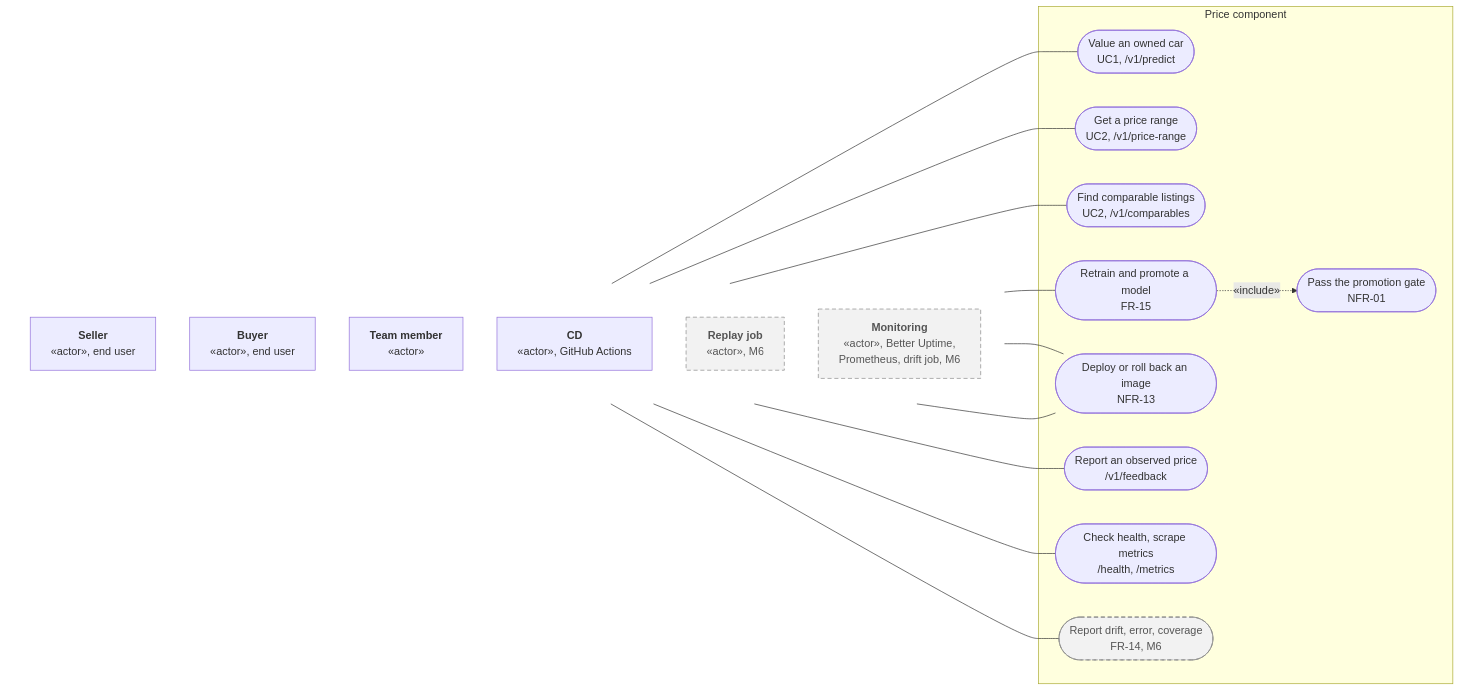
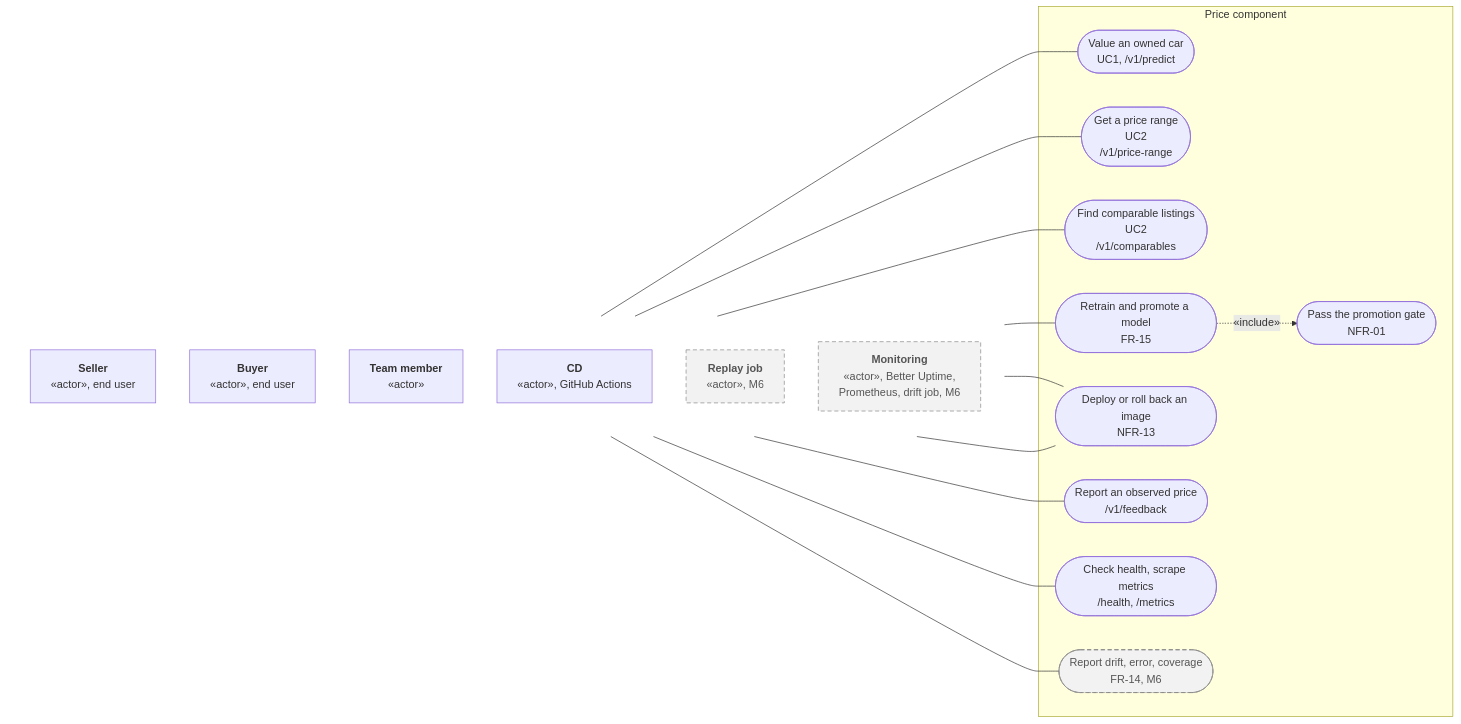
One commit to mlops-2627q1-mds-upc/MLOPS_Recommenditos changed the first of 8 diagrams in docs/docs/architecture.md. Above: the diagram before and after it, drawn with Mermaid. The commit also changed other lines of this file, not shown here.

Commit message:
docs: fix the retraining step, fit the logical view on one screen and mark the comparables index as ML

````diff
--- a/docs/docs/architecture.md
+++ b/docs/docs/architecture.md
@@ -29,40 +29,40 @@
 ```mermaid
 flowchart LR
     subgraph u_left[" "]
         direction TB
         u_seller["<b>Seller</b><br/>«actor», end user"]
         u_buyer["<b>Buyer</b><br/>«actor», end user"]
         u_team["<b>Team member</b><br/>«actor»"]
         u_cd["<b>CD</b><br/>«actor», GitHub Actions"]
         u_replay["<b>Replay job</b><br/>«actor», M6"]
         u_monitor["<b>Monitoring</b><br/>«actor», Better Uptime,<br/>Prometheus, drift job, M6"]
     end
 
     subgraph u_system["Price component"]
         u_uc1(["Value an owned car<br/>UC1, /v1/predict"])
-        u_uc2(["Get a price range<br/>UC2, /v1/price-range"])
-        u_comp(["Find comparable listings<br/>UC2, /v1/comparables"])
+        u_uc2(["Get a price range<br/>UC2<br/>/v1/price-range"])
+        u_comp(["Find comparable listings<br/>UC2<br/>/v1/comparables"])
         u_retrain(["Retrain and promote a model<br/>FR-15"])
         u_gate(["Pass the promotion gate<br/>NFR-01"])
         u_deploy(["Deploy or roll back an image<br/>NFR-13"])
         u_feedback(["Report an observed price<br/>/v1/feedback"])
         u_watch(["Check health, scrape metrics<br/>/health, /metrics"])
         u_drift(["Report drift, error, coverage<br/>FR-14, M6"])
     end
 
     u_seller --- u_uc1
     u_buyer --- u_uc2
     u_buyer --- u_comp
     u_team --- u_retrain
     u_team --- u_deploy
     u_cd --- u_deploy
     u_retrain -.->|"«include»"| u_gate
     u_replay --- u_feedback
     u_monitor --- u_watch
     u_monitor --- u_drift
 
     classDef later fill:#f2f2f2,stroke:#888,color:#555,stroke-dasharray:6 4
     classDef bare fill:none,stroke:none
     class u_replay,u_monitor,u_drift later
     class u_left bare
 ```
````
